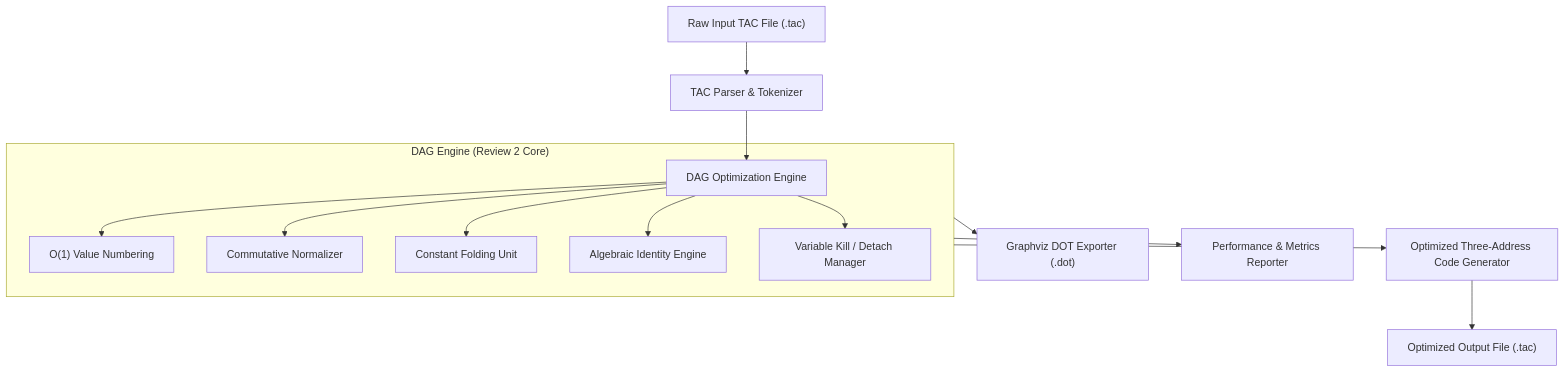
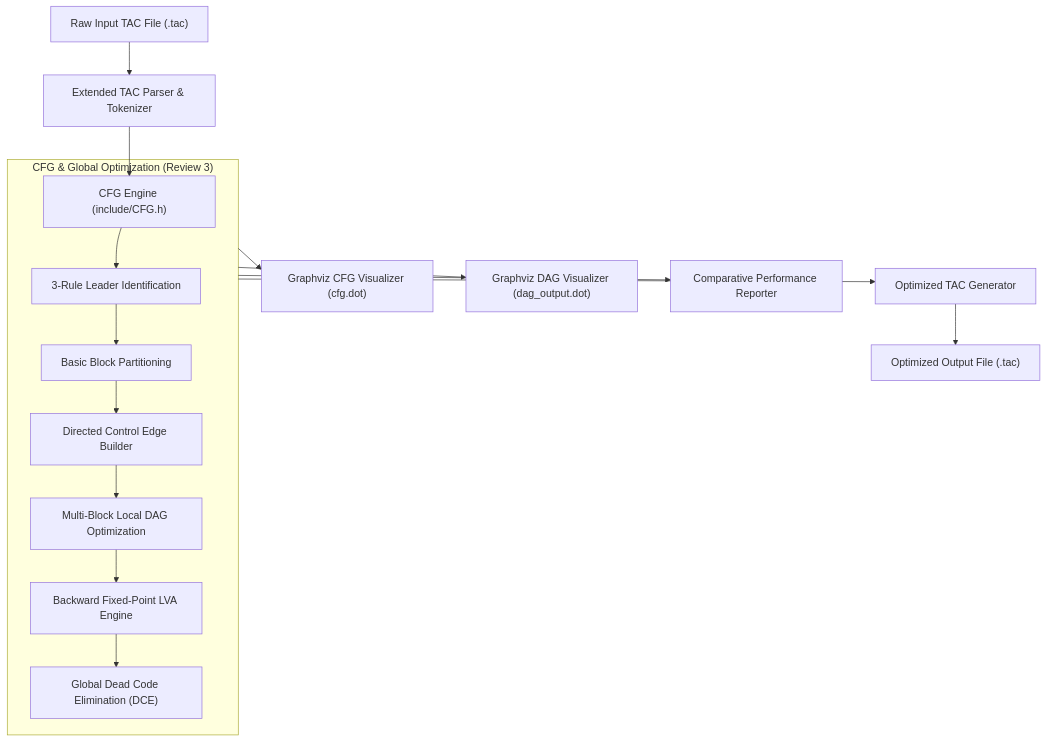
One commit to SK4590/DAG-Optimization changed the diagram in README.md. Above: the diagram before and after it, drawn with Mermaid. The commit also changed other lines of this file and 19 other files, not shown here.

````diff
--- a/README.md
+++ b/README.md
@@ -80,16 +88,18 @@
 ```mermaid
 flowchart TD
-    A["Raw Input TAC File (.tac)"] --> B["TAC Parser & Tokenizer"]
-    B --> C["DAG Optimization Engine"]
-    subgraph DAG_Core ["DAG Engine (Review 2 Core)"]
-        C --> D["O(1) Value Numbering"]
-        C --> E["Commutative Normalizer"]
-        C --> F["Constant Folding Unit"]
-        C --> G["Algebraic Identity Engine"]
-        C --> H["Variable Kill / Detach Manager"]
+    A["Raw Input TAC File (.tac)"] --> B["Extended TAC Parser & Tokenizer"]
+    B --> C["CFG Engine (include/CFG.h)"]
+    subgraph CFG_Engine ["CFG & Global Optimization (Review 3)"]
+        C --> D["3-Rule Leader Identification"]
+        D --> E["Basic Block Partitioning"]
+        E --> F["Directed Control Edge Builder"]
+        F --> G["Multi-Block Local DAG Optimization"]
+        G --> H["Backward Fixed-Point LVA Engine"]
+        H --> I["Global Dead Code Elimination (DCE)"]
     end
-    DAG_Core --> I["Optimized Three-Address Code Generator"]
-    DAG_Core --> J["Graphviz DOT Exporter (.dot)"]
-    DAG_Core --> K["Performance & Metrics Reporter"]
-    I --> L["Optimized Output File (.tac)"]
+    CFG_Engine --> J["Optimized TAC Generator"]
+    CFG_Engine --> K["Graphviz CFG Visualizer (cfg.dot)"]
+    CFG_Engine --> L["Graphviz DAG Visualizer (dag_output.dot)"]
+    CFG_Engine --> M["Comparative Performance Reporter"]
+    J --> N["Optimized Output File (.tac)"]
 ```
````
